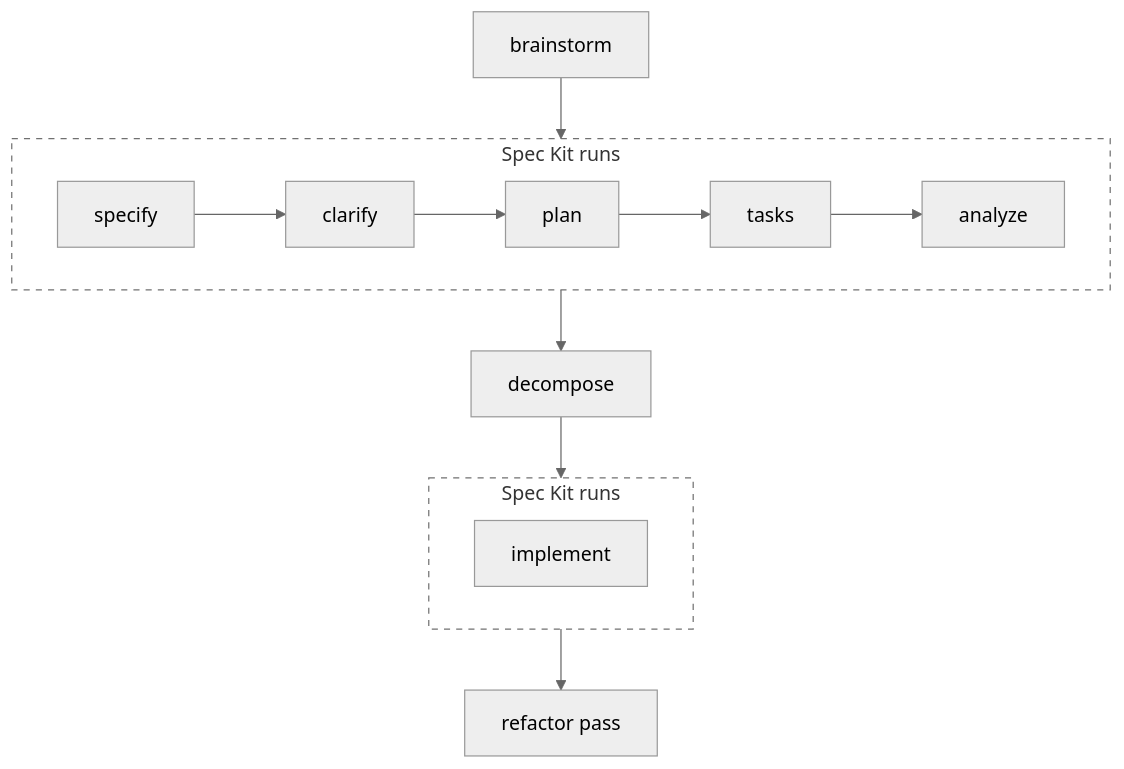
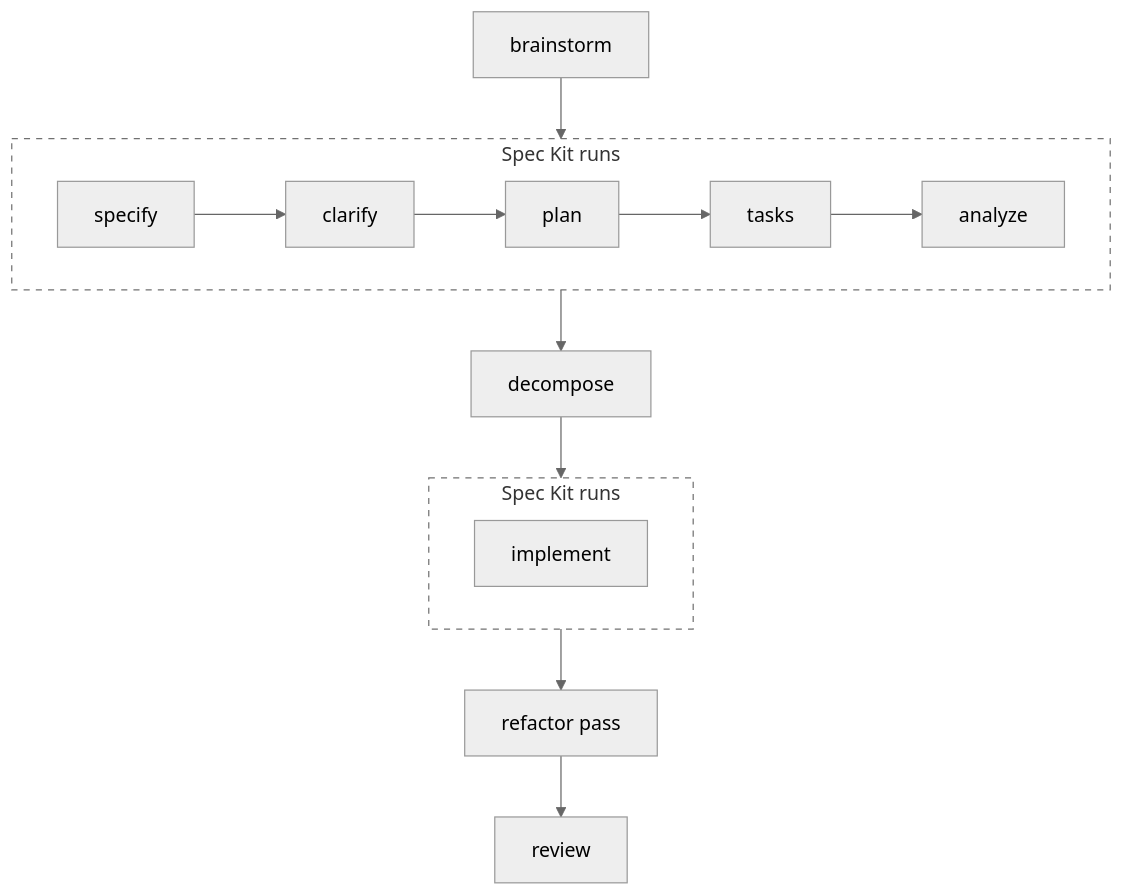
One commit to aamarin/wfctl changed the third of 3 diagrams in README.md. Above: the diagram before and after it, drawn with Mermaid (neutral theme). The commit also changed other lines of this file and 4 other files, not shown here.

````diff
--- a/README.md
+++ b/README.md
@@ -212,15 +213,15 @@
 ```mermaid
 flowchart TD
     B["brainstorm"] --> SK1
     subgraph SK1["Spec Kit runs"]
         direction LR
         S1["specify"] --> S2["clarify"] --> S3["plan"] --> S4["tasks"] --> S5["analyze"]
     end
     SK1 --> D["decompose"] --> SK2
     subgraph SK2["Spec Kit runs"]
         I["implement"]
     end
-    SK2 --> R["refactor pass"]
+    SK2 --> R["refactor pass"] --> V["review"]
     style SK1 fill:none,stroke-dasharray: 5 5
     style SK2 fill:none,stroke-dasharray: 5 5
 ```
````
